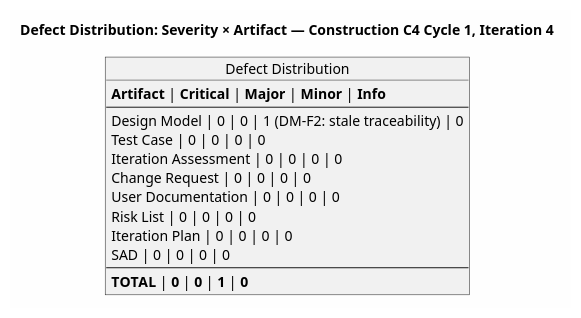
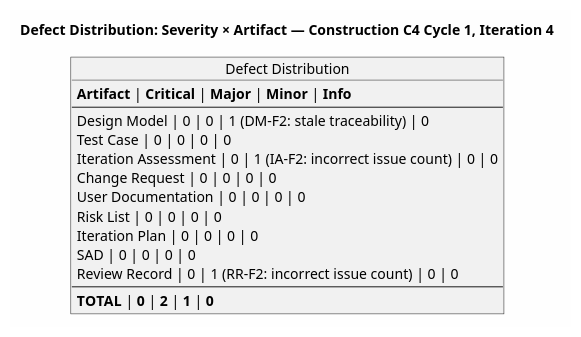
The second of 8 diagrams in docs/artifacts/project-management/review-record.md (banense-test/portal-cuba-corp), drawn with PlantUML before and after one commit. The commit also changed other lines of this file, not shown here.

First line of the commit message:
Management Reviewer [C4]: upsert Review Record

````diff
--- a/docs/artifacts/project-management/review-record.md
+++ b/docs/artifacts/project-management/review-record.md
@@ -132,23 +134,24 @@
 ```plantuml
 @startuml
 title Defect Distribution: Severity × Artifact — Construction C4 Cycle 1, Iteration 4
 skinparam backgroundColor #FEFEFE
 skinparam shadowing false
 
 object "Defect Distribution" as DD {
   **Artifact** | **Critical** | **Major** | **Minor** | **Info**
   ---
   Design Model | 0 | 0 | 1 (DM-F2: stale traceability) | 0
   Test Case | 0 | 0 | 0 | 0
-  Iteration Assessment | 0 | 0 | 0 | 0
+  Iteration Assessment | 0 | 1 (IA-F2: incorrect issue count) | 0 | 0
   Change Request | 0 | 0 | 0 | 0
   User Documentation | 0 | 0 | 0 | 0
   Risk List | 0 | 0 | 0 | 0
   Iteration Plan | 0 | 0 | 0 | 0
   SAD | 0 | 0 | 0 | 0
+  Review Record | 0 | 1 (RR-F2: incorrect issue count) | 0 | 0
   ---
-  **TOTAL** | **0** | **0** | **1** | **0**
+  **TOTAL** | **0** | **2** | **1** | **0**
 }
 
 @enduml
 ```
````
